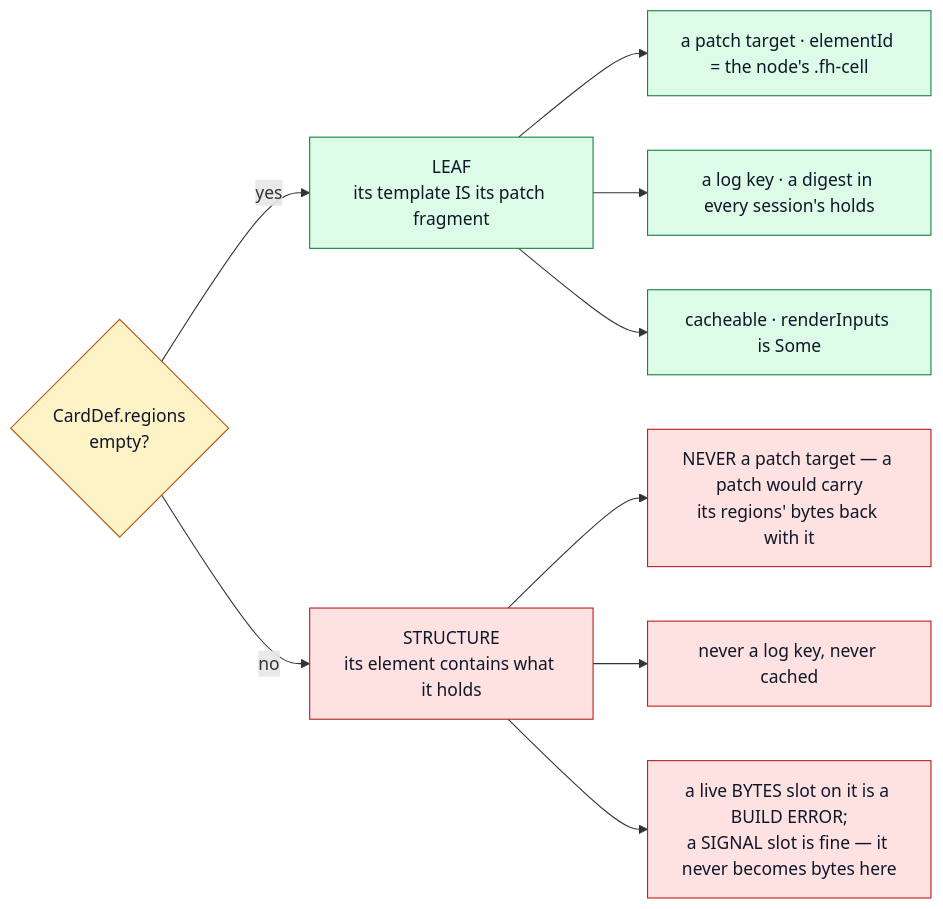
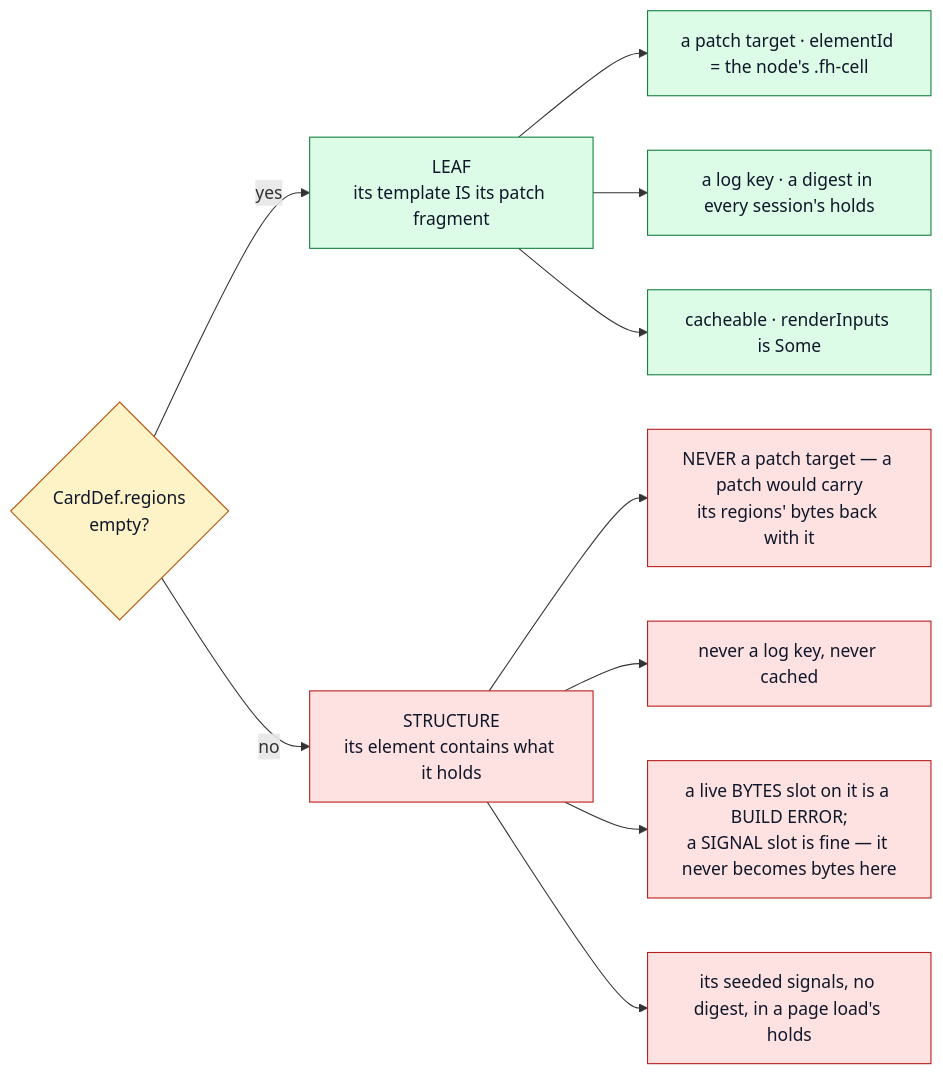
Before and after one commit to perok/functional-home-assistant: the fourth of 6 diagrams in docs/architecture-rendering-pipeline.md, drawn with Mermaid. The commit also changed other lines of this file and 3 other files, not shown here.

First line of the commit message:
A page load holds structure's seeded signals too (#497)

````diff
--- a/docs/architecture-rendering-pipeline.md
+++ b/docs/architecture-rendering-pipeline.md
@@ -653,21 +655,22 @@
 ```mermaid
 flowchart LR
   CARD{"CardDef.regions<br/>empty?"}
   CARD -->|yes| LEAF["LEAF<br/>its template IS its patch fragment"]
   CARD -->|no| STRUCT["STRUCTURE<br/>its element contains what it holds"]
 
   LEAF --> L1["a patch target · elementId = the node's .fh-cell"]
   LEAF --> L2["a log key · a digest in every session's holds"]
   LEAF --> L3["cacheable · renderInputs is Some"]
 
   STRUCT --> S1["NEVER a patch target — a patch would carry<br/>its regions' bytes back with it"]
   STRUCT --> S2["never a log key, never cached"]
   STRUCT --> S3["a live BYTES slot on it is a BUILD ERROR;<br/>a SIGNAL slot is fine — it never becomes bytes here"]
+  STRUCT --> S4["its seeded signals, no digest, in a page load's holds"]
 
   classDef leaf fill:#dcfce7,stroke:#15803d,color:#0f172a
   classDef struct fill:#fee2e2,stroke:#b91c1c,color:#0f172a
   classDef q fill:#fef3c7,stroke:#b45309,color:#0f172a
   class LEAF,L1,L2,L3 leaf
-  class STRUCT,S1,S2,S3 struct
+  class STRUCT,S1,S2,S3,S4 struct
   class CARD q
 ```
````
